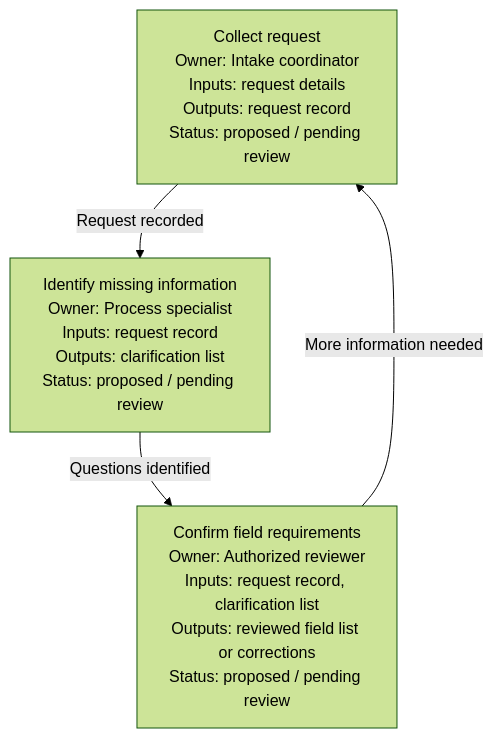
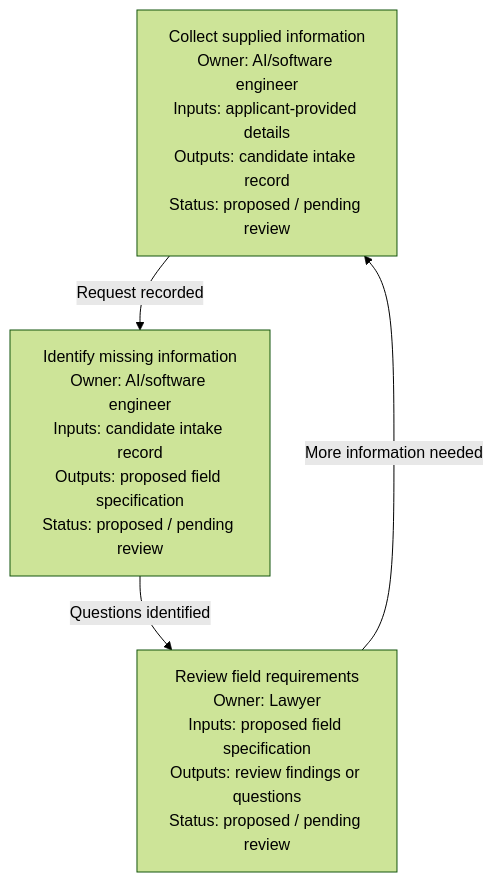
Before and after one commit to martin3252/ElicitMesh: the diagram in dist/skills/em-brainstorm/README.md, drawn with Mermaid (forest theme). The commit also changed other lines of this file and 95 other files, not shown here.

Commit message:
Keep only the AI engineer and lawyer example

````diff
--- a/dist/skills/em-brainstorm/README.md
+++ b/dist/skills/em-brainstorm/README.md
@@ -31,9 +31,9 @@
 ```mermaid
 flowchart TD
-    A["Collect request<br/>Owner: Intake coordinator<br/>Inputs: request details<br/>Outputs: request record<br/>Status: proposed / pending review"]
-    B["Identify missing information<br/>Owner: Process specialist<br/>Inputs: request record<br/>Outputs: clarification list<br/>Status: proposed / pending review"]
-    C["Confirm field requirements<br/>Owner: Authorized reviewer<br/>Inputs: request record, clarification list<br/>Outputs: reviewed field list or corrections<br/>Status: proposed / pending review"]
+    A["Collect supplied information<br/>Owner: AI/software engineer<br/>Inputs: applicant-provided details<br/>Outputs: candidate intake record<br/>Status: proposed / pending review"]
+    B["Identify missing information<br/>Owner: AI/software engineer<br/>Inputs: candidate intake record<br/>Outputs: proposed field specification<br/>Status: proposed / pending review"]
+    C["Review field requirements<br/>Owner: Lawyer<br/>Inputs: proposed field specification<br/>Outputs: review findings or questions<br/>Status: proposed / pending review"]
     A -->|Request recorded| B
     B -->|Questions identified| C
     C -->|More information needed| A
 ```
````
